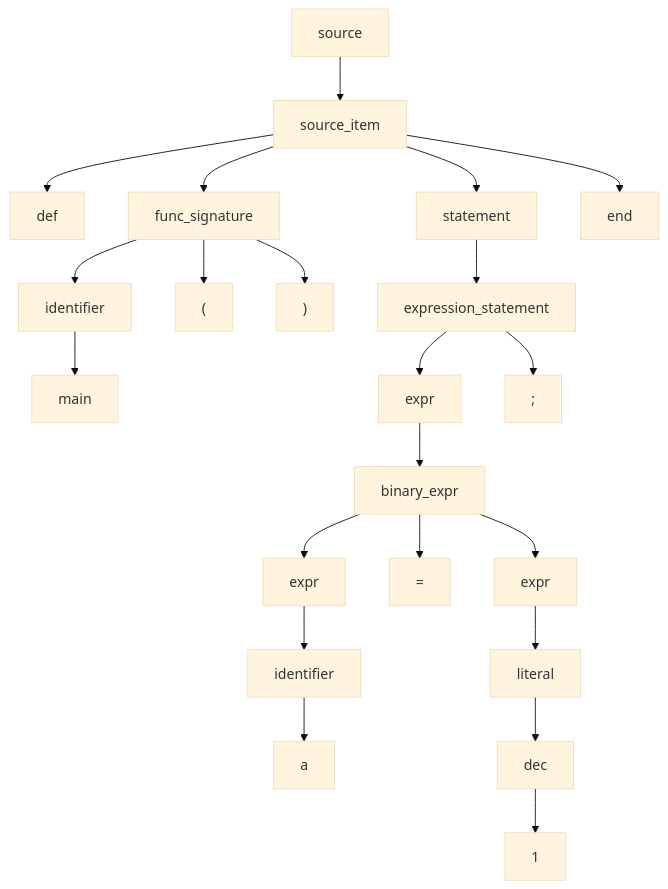
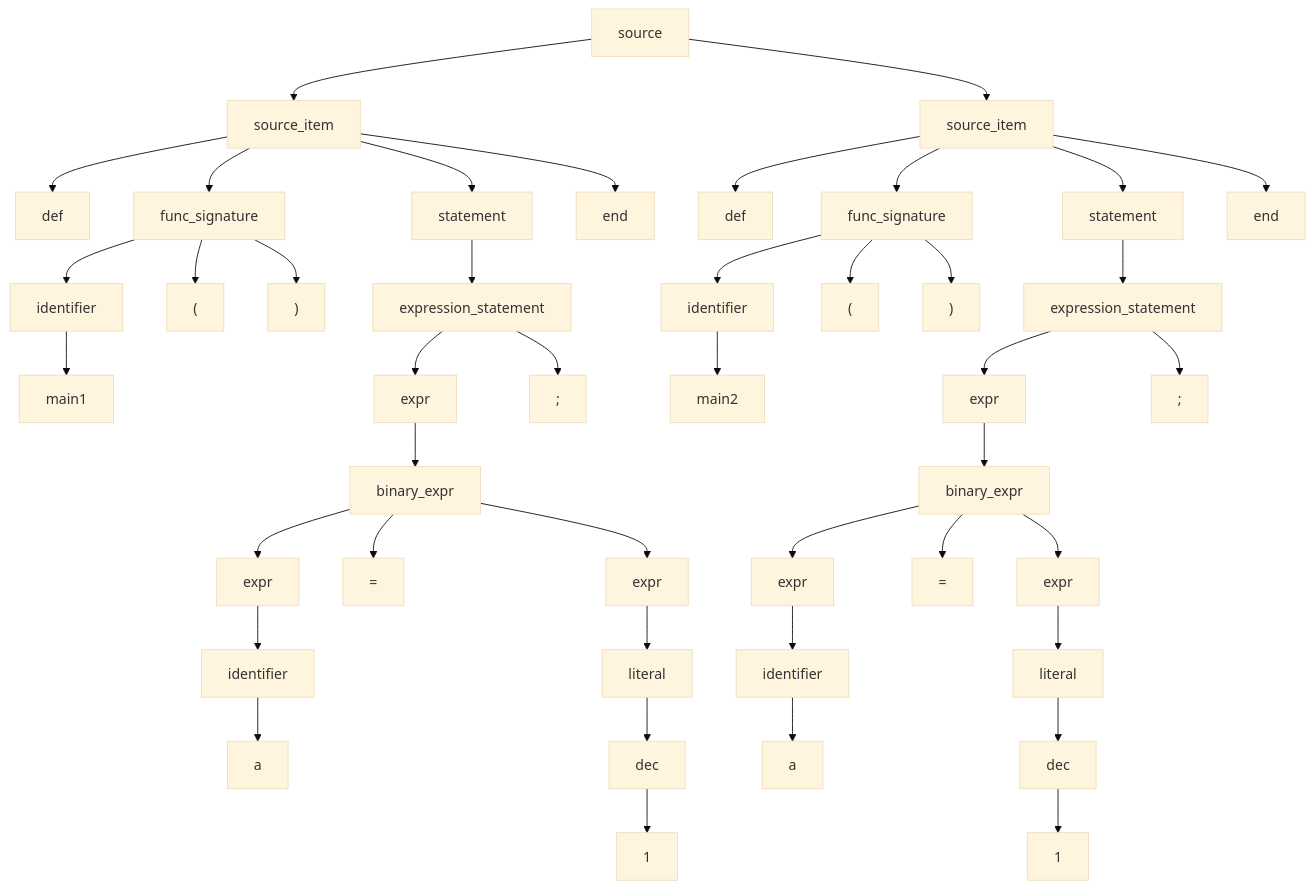
One commit to ErnandesDaniel/system-software-lab-2 changed the diagram in ast.mmd. Above: the diagram before and after it, drawn with Mermaid (base theme). The commit also changed 3 other files, not shown here.

```diff
--- a/ast.mmd
+++ b/ast.mmd
@@ -1,44 +1,86 @@
 graph TD;
 N0["source"]
 N1["source_item"]
 N0 --> N1
 N2["def"]
 N1 --> N2
 N3["func_signature"]
 N1 --> N3
 N4["identifier"]
 N3 --> N4
-N5["main"]
+N5["main1"]
 N4 --> N5
 N6["("]
 N3 --> N6
 N7[")"]
 N3 --> N7
 N8["statement"]
 N1 --> N8
 N9["expression_statement"]
 N8 --> N9
 N10["expr"]
 N9 --> N10
 N11["binary_expr"]
 N10 --> N11
 N12["expr"]
 N11 --> N12
 N13["identifier"]
 N12 --> N13
 N14["a"]
 N13 --> N14
 N15["="]
 N11 --> N15
 N16["expr"]
 N11 --> N16
 N17["literal"]
 N16 --> N17
 N18["dec"]
 N17 --> N18
 N19["1"]
 N18 --> N19
 N20[";"]
 N9 --> N20
 N21["end"]
 N1 --> N21
+N22["source_item"]
+N0 --> N22
+N23["def"]
+N22 --> N23
+N24["func_signature"]
+N22 --> N24
+N25["identifier"]
+N24 --> N25
+N26["main2"]
+N25 --> N26
+N27["("]
+N24 --> N27
+N28[")"]
+N24 --> N28
+N29["statement"]
+N22 --> N29
+N30["expression_statement"]
+N29 --> N30
+N31["expr"]
+N30 --> N31
+N32["binary_expr"]
+N31 --> N32
+N33["expr"]
+N32 --> N33
+N34["identifier"]
+N33 --> N34
+N35["a"]
+N34 --> N35
+N36["="]
+N32 --> N36
+N37["expr"]
+N32 --> N37
+N38["literal"]
+N37 --> N38
+N39["dec"]
+N38 --> N39
+N40["1"]
+N39 --> N40
+N41[";"]
+N30 --> N41
+N42["end"]
+N22 --> N42
```
